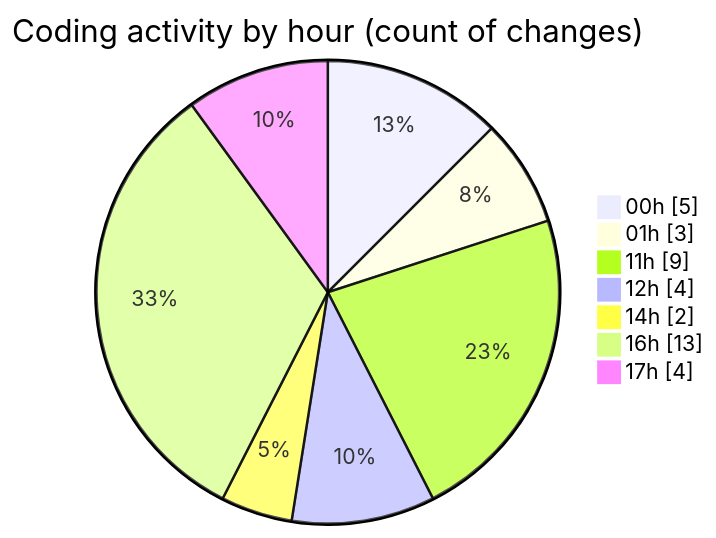
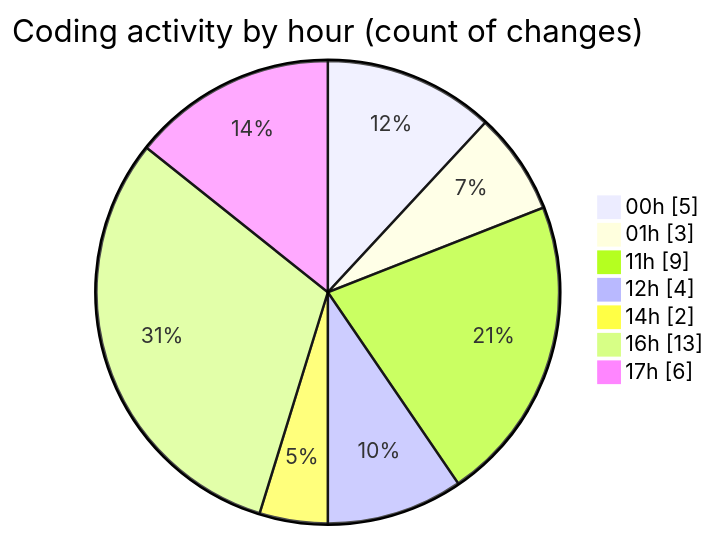
Before and after one commit to julien-gomy/code-tracking: the second of 2 diagrams in 2025-11-16/cdp_aleoudev_fr__workspace_/README.md, drawn with Mermaid. The commit also changed other lines of this file and 1 other file, not shown here.

````diff
--- a/2025-11-16/cdp_aleoudev_fr__workspace_/README.md
+++ b/2025-11-16/cdp_aleoudev_fr__workspace_/README.md
@@ -43,11 +43,11 @@
 ```mermaid
 pie showData
 title Coding activity by hour (count of changes)
 "00h" : 5
 "01h" : 3
 "11h" : 9
 "12h" : 4
 "14h" : 2
 "16h" : 13
-"17h" : 4
+"17h" : 6
 ```
````
